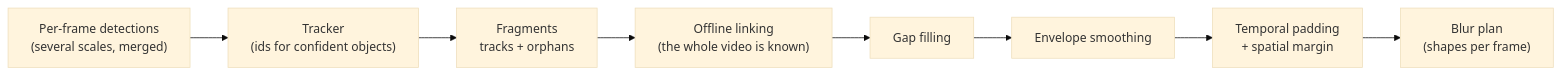
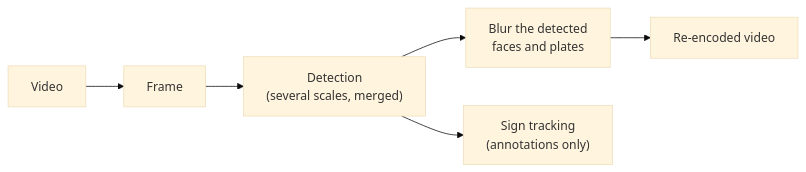
The diagram in docs/concepts/tracking.md (KylianAUBRY/SGBlur_Video), drawn with Mermaid (base theme) before and after one commit. The commit also changed other lines of this file and 66 other files, not shown here.

First line of the commit message:
feat: blur every frame independently, like SGBlur blurs a picture

````diff
--- a/docs/concepts/tracking.md
+++ b/docs/concepts/tracking.md
@@ -8,10 +9,8 @@
 ```mermaid
 flowchart LR
-    d["Per-frame detections<br/>(several scales, merged)"] --> t["Tracker<br/>(ids for confident objects)"]
-    t --> f["Fragments<br/>tracks + orphans"]
-    f --> l["Offline linking<br/>(the whole video is known)"]
-    l --> g["Gap filling"]
-    g --> s["Envelope smoothing"]
-    s --> p["Temporal padding<br/>+ spatial margin"]
-    p --> b["Blur plan<br/>(shapes per frame)"]
+    v["Video"] --> f["Frame"]
+    f --> d["Detection<br/>(several scales, merged)"]
+    d --> b["Blur the detected<br/>faces and plates"]
+    b --> e["Re-encoded video"]
+    d --> s["Sign tracking<br/>(annotations only)"]
 ```
````
